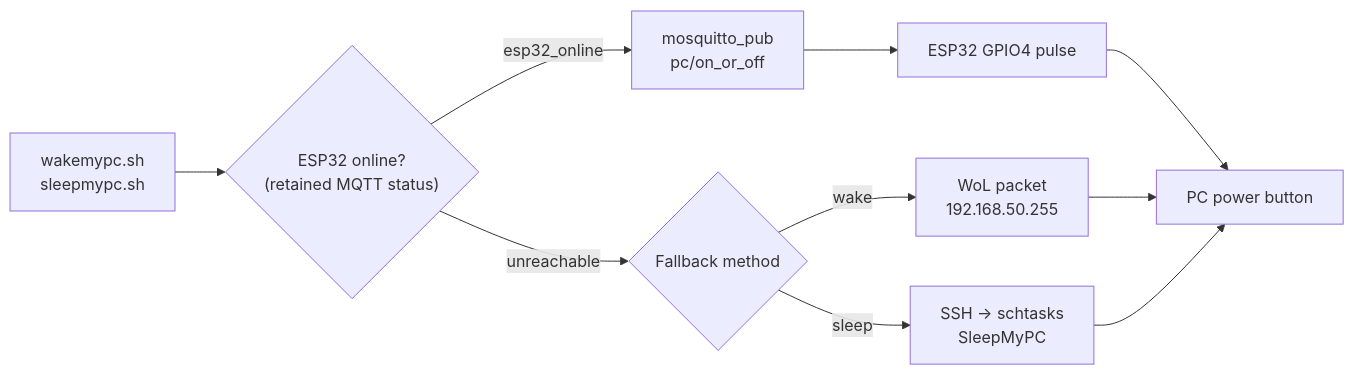
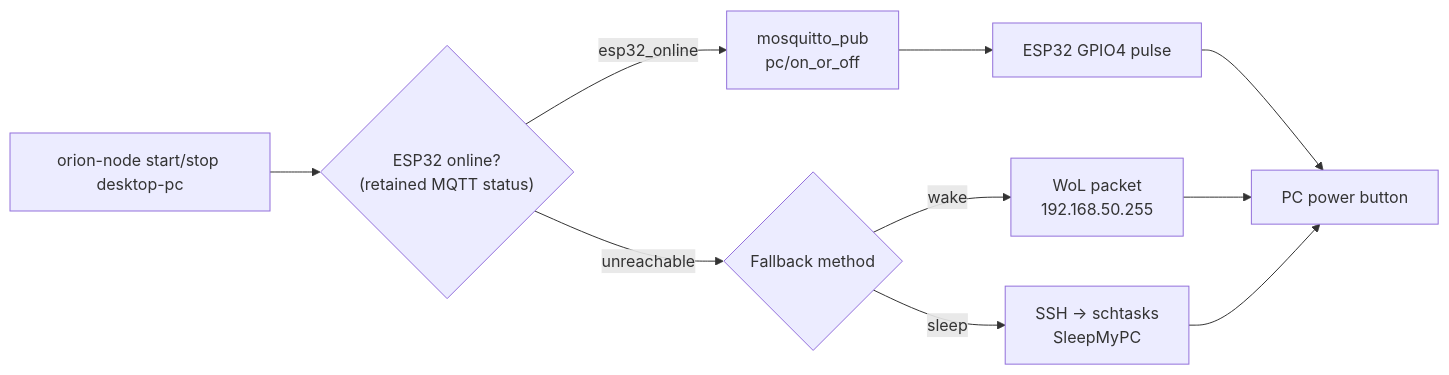
Before and after one commit to orionnishu/orion-app: the second of 2 diagrams in docs/ARCHITECTURE.md, drawn with Mermaid. The commit also changed other lines of this file and 17 other files, not shown here.

Commit message:
Initial installation of Redis/Prometheus/Grafana, node exporter, pushgateways. ALso enhanced the scripts to make more generic, centralized start/stop for all machines.

````diff
--- a/docs/ARCHITECTURE.md
+++ b/docs/ARCHITECTURE.md
@@ -122,12 +166,12 @@
 ```mermaid
 flowchart LR
-    Script["wakemypc.sh<br/>sleepmypc.sh"] --> Check{"ESP32 online?<br/>(retained MQTT status)"}
+    Script["orion-node start/stop desktop-pc"] --> Check{"ESP32 online?<br/>(retained MQTT status)"}
     Check -- "esp32_online" --> MQTT["mosquitto_pub<br/>pc/on_or_off"]
     MQTT --> ESP32["ESP32 GPIO4 pulse"]
     ESP32 --> PC["PC power button"]
     Check -- "unreachable" --> Fallback{"Fallback method"}
     Fallback -- "wake" --> WoL["WoL packet<br/>192.168.50.255"]
     Fallback -- "sleep" --> SSH["SSH → schtasks<br/>SleepMyPC"]
     WoL --> PC
     SSH --> PC
 ```
````
